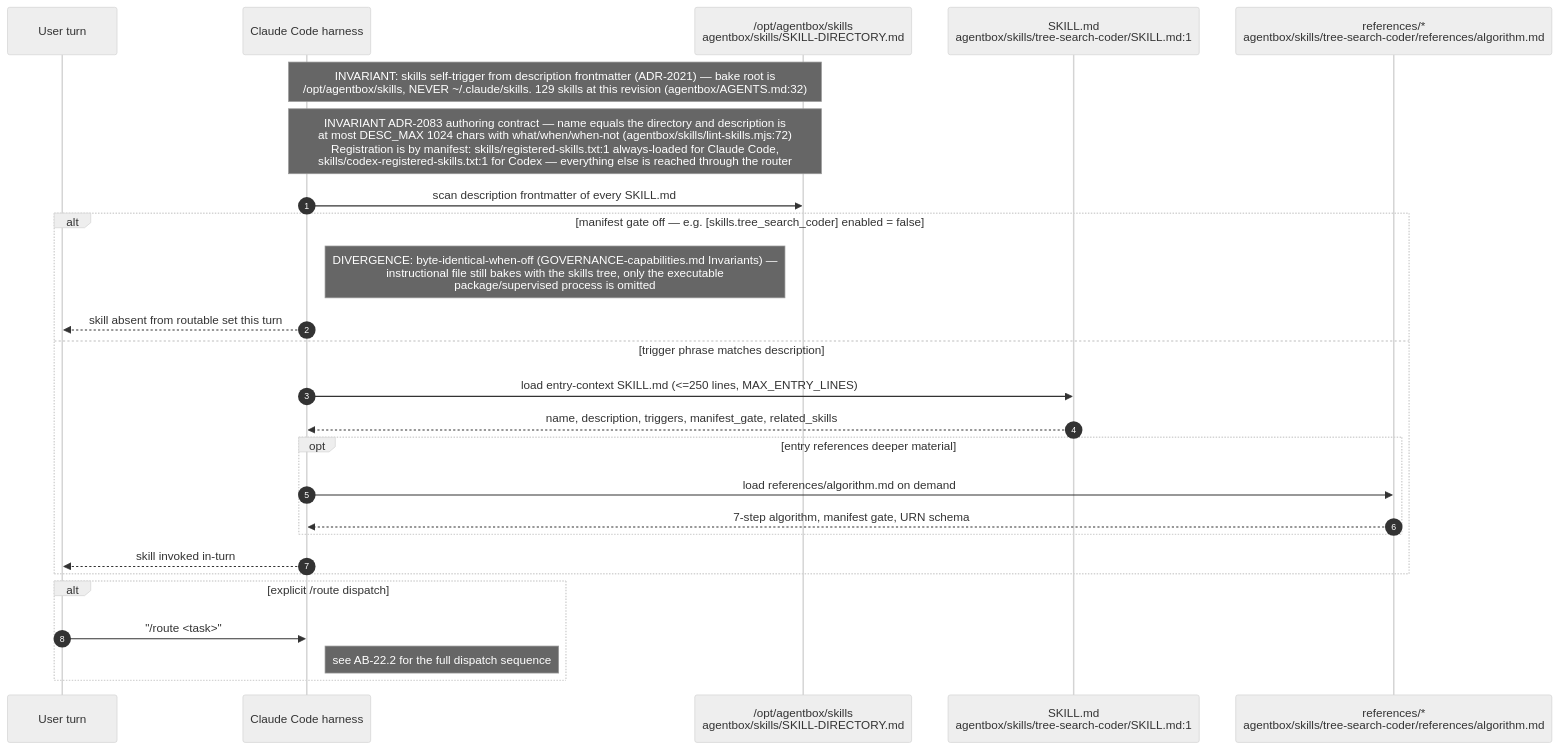
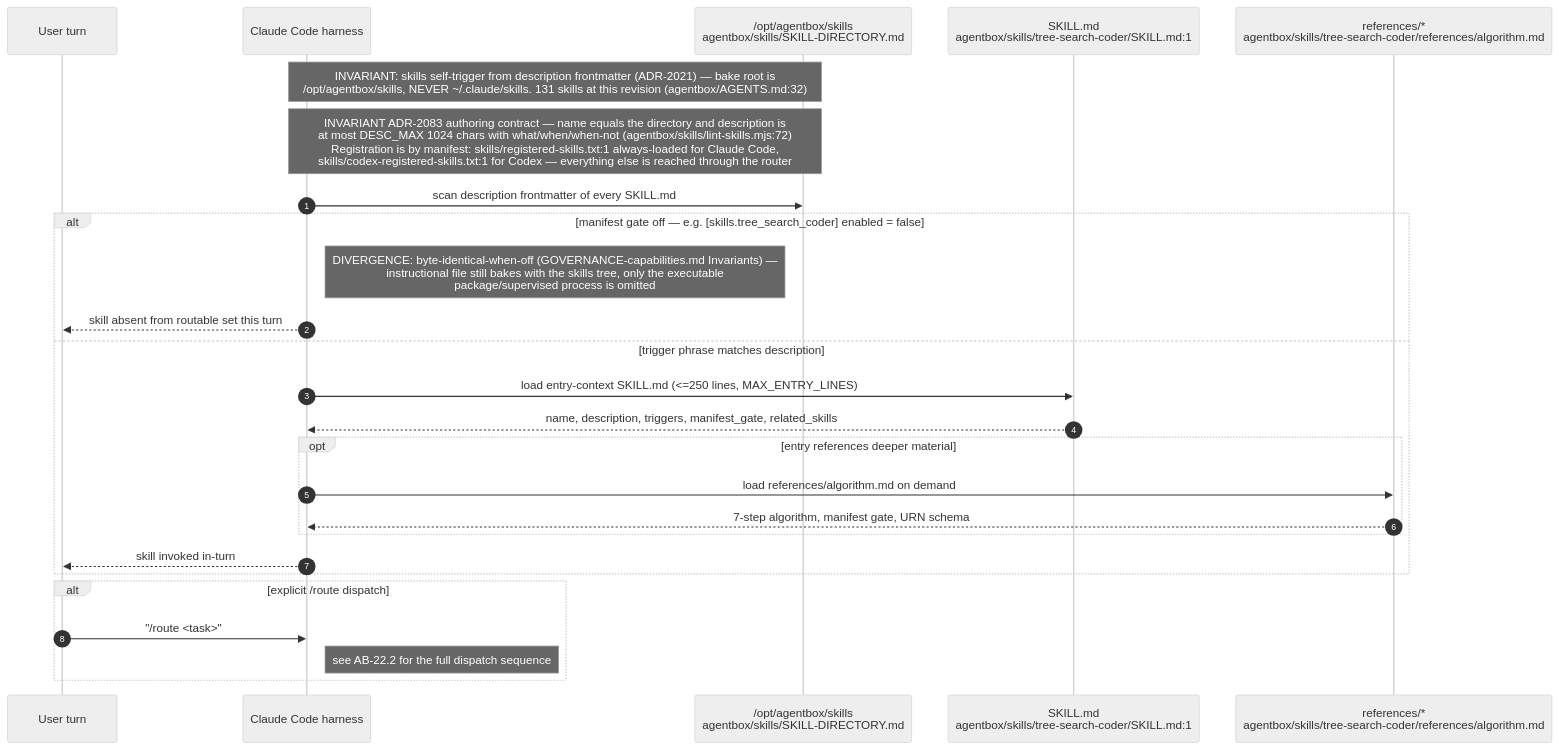
Before and after one commit to DreamLab-AI/VisionFlow: the first of 12 diagrams in docs/diagrams/agentbox/22-skills-and-routing.md, drawn with Mermaid (neutral theme). The commit also changed other lines of this file and 160 other files, not shown here.

````diff
--- a/docs/diagrams/agentbox/22-skills-and-routing.md
+++ b/docs/diagrams/agentbox/22-skills-and-routing.md
@@ -66,29 +67,29 @@
 ```mermaid
 sequenceDiagram
     autonumber
     participant U as User turn
     participant H as Claude Code harness
     participant FS as /opt/agentbox/skills<br/>agentbox/skills/SKILL-DIRECTORY.md
     participant SK as SKILL.md<br/>agentbox/skills/tree-search-coder/SKILL.md:1
     participant REF as references/*<br/>agentbox/skills/tree-search-coder/references/algorithm.md
 
-    Note over H,FS: INVARIANT: skills self-trigger from description frontmatter (ADR-2021) — bake root is<br/>/opt/agentbox/skills, NEVER ~/.claude/skills. 129 skills at this revision (agentbox/AGENTS.md:32)
+    Note over H,FS: INVARIANT: skills self-trigger from description frontmatter (ADR-2021) — bake root is<br/>/opt/agentbox/skills, NEVER ~/.claude/skills. 131 skills at this revision (agentbox/AGENTS.md:32)
     Note over H,FS: INVARIANT ADR-2083 authoring contract — name equals the directory and description is<br/>at most DESC_MAX 1024 chars with what/when/when-not (agentbox/skills/lint-skills.mjs:72)<br/>Registration is by manifest: skills/registered-skills.txt:1 always-loaded for Claude Code,<br/>skills/codex-registered-skills.txt:1 for Codex — everything else is reached through the router
     H->>FS: scan description frontmatter of every SKILL.md
     alt manifest gate off — e.g. [skills.tree_search_coder] enabled = false
         Note right of H: DIVERGENCE: byte-identical-when-off (GOVERNANCE-capabilities.md Invariants) —<br/>instructional file still bakes with the skills tree, only the executable<br/>package/supervised process is omitted
         H-->>U: skill absent from routable set this turn
     else trigger phrase matches description
         H->>SK: load entry-context SKILL.md (<=250 lines, MAX_ENTRY_LINES)
         SK-->>H: name, description, triggers, manifest_gate, related_skills
         opt entry references deeper material
             H->>REF: load references/algorithm.md on demand
             REF-->>H: 7-step algorithm, manifest gate, URN schema
         end
         H-->>U: skill invoked in-turn
     end
     alt explicit /route dispatch
         U->>H: "/route <task>"
         Note right of H: see AB-22.2 for the full dispatch sequence
     end
 ```
````
